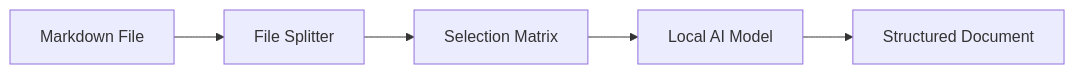
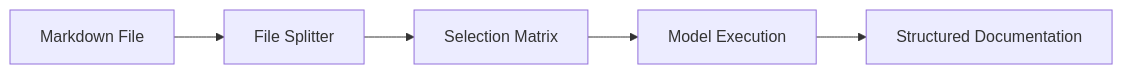
The first of 4 diagrams in README.md (CagriCatik/Docalypt), drawn with Mermaid before and after one commit. The commit also changed other lines of this file and 2 other files, not shown here.

````diff
--- a/README.md
+++ b/README.md
@@ -11,7 +20,7 @@
 ```mermaid
 graph LR
     Input[Markdown File] --> Split[File Splitter]
     Split --> Matrix[Selection Matrix]
-    Matrix --> AI[Local AI Model]
-    AI --> Output[Structured Document]
+    Matrix --> AI[Model Execution]
+    AI --> Output[Structured Documentation]
 ```
````
